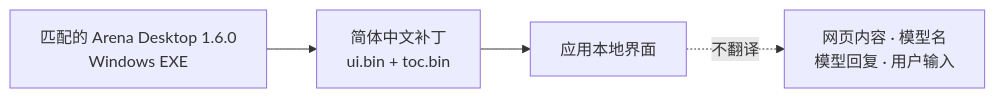
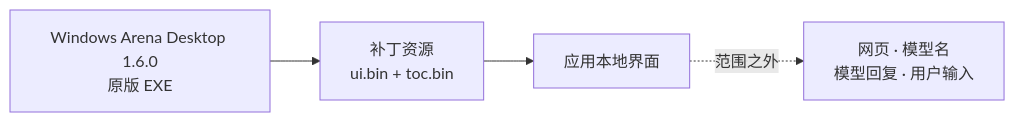
Before and after one commit to Denxer6/arena-desktop-1.6.0-zh-cn: the first of 3 diagrams in README.md, drawn with Mermaid. The commit also changed other lines of this file and 1 other file, not shown here.

````diff
--- a/README.md
+++ b/README.md
@@ -22,6 +24,6 @@
 ```mermaid
 flowchart LR
-    A["匹配的 Arena Desktop 1.6.0<br/>Windows EXE"] --> B["简体中文补丁<br/>ui.bin + toc.bin"]
+    A["Windows Arena Desktop 1.6.0<br/>原版 EXE"] --> B["补丁资源<br/>ui.bin + toc.bin"]
     B --> C["应用本地界面"]
-    C -. "不翻译" .-> D["网页内容 · 模型名<br/>模型回复 · 用户输入"]
+    C -. "范围之外" .-> D["网页 · 模型名<br/>模型回复 · 用户输入"]
 ```
````
